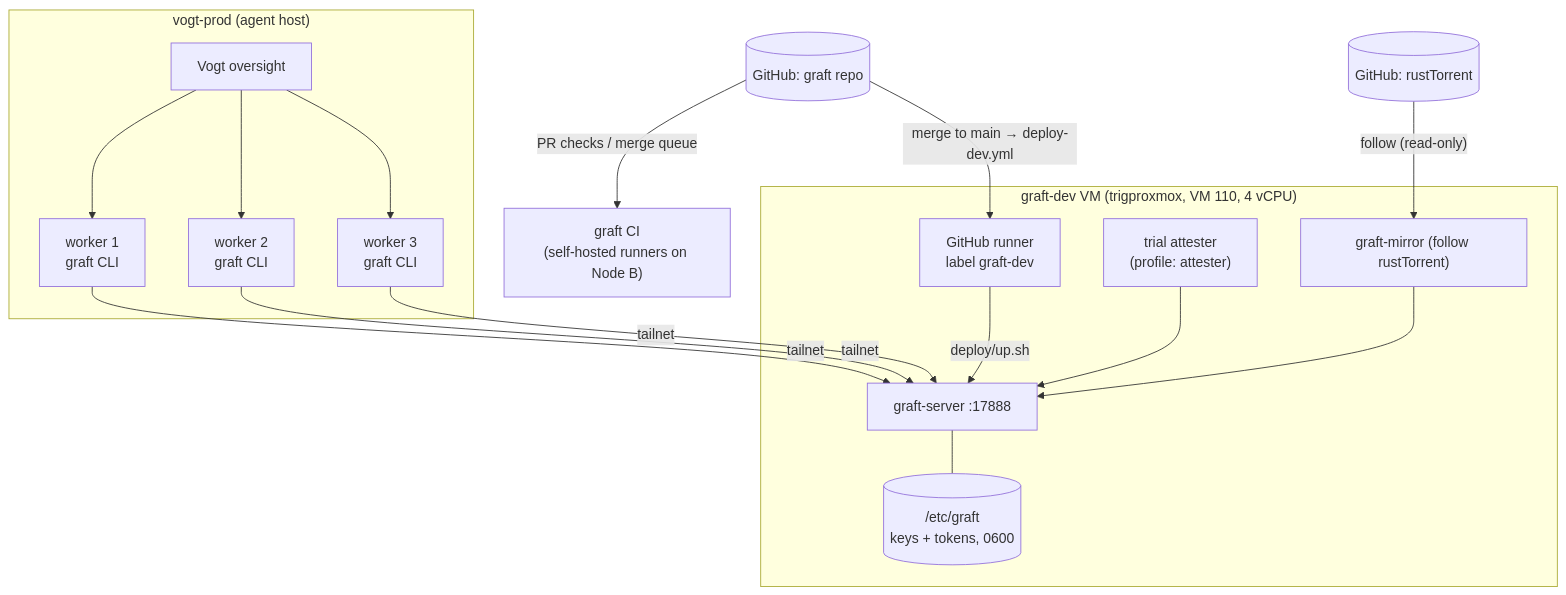
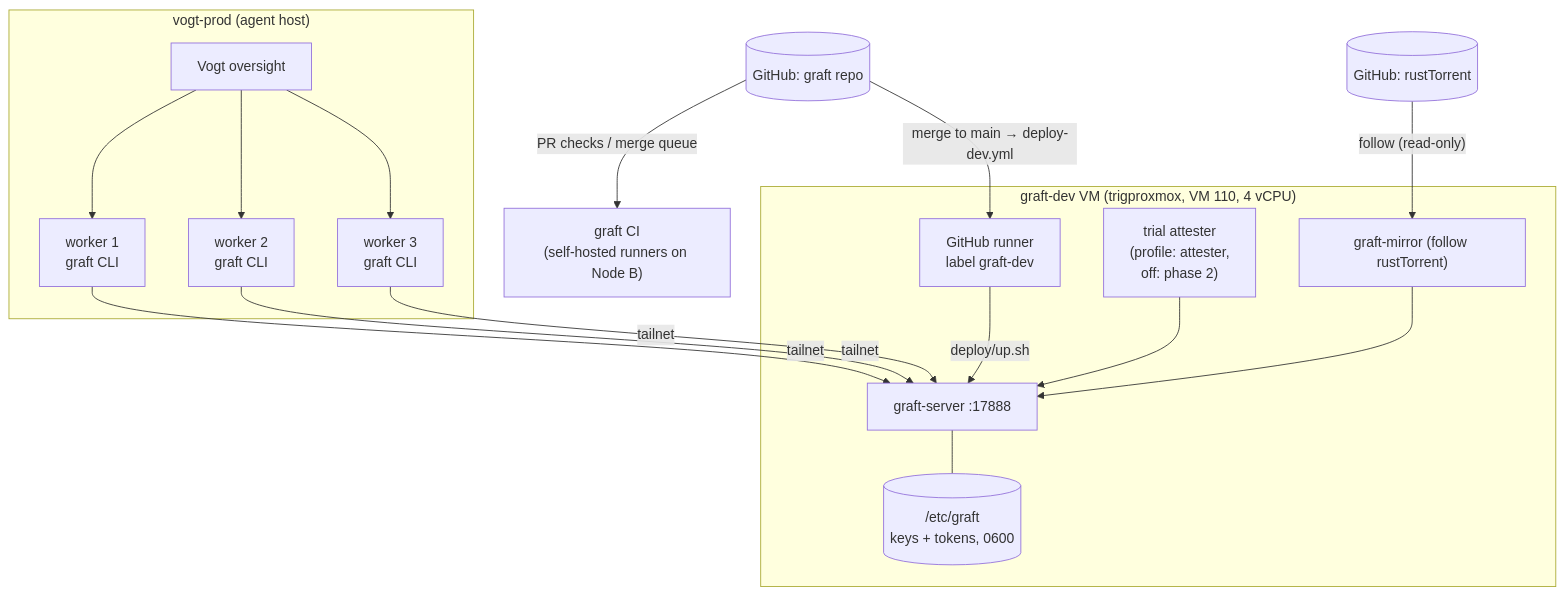
The fifth of 9 diagrams in docs/architecture.md (TheDancingDeveloper-org/graft), drawn with Mermaid before and after one commit. The commit also changed other lines of this file and 9 other files, not shown here.

````diff
--- a/docs/architecture.md
+++ b/docs/architecture.md
@@ -181,31 +210,31 @@
 ```mermaid
 flowchart TB
   subgraph Prod["vogt-prod (agent host)"]
     vogt["Vogt oversight"]
     w1["worker 1<br/>graft CLI"]
     w2["worker 2<br/>graft CLI"]
     w3["worker 3<br/>graft CLI"]
     vogt --> w1 & w2 & w3
   end
 
   subgraph VM["graft-dev VM (trigproxmox, VM 110, 4 vCPU)"]
     srv["graft-server :17888"]
     mir["graft-mirror (follow rustTorrent)"]
-    att["trial attester<br/>(profile: attester)"]
+    att["trial attester<br/>(profile: attester,<br/>off: phase 2)"]
     runner["GitHub runner<br/>label graft-dev"]
     etc[("/etc/graft<br/>keys + tokens, 0600")]
     mir --> srv
     att --> srv
     srv --- etc
   end
 
   ghsrc[("GitHub: graft repo")]
   ghrt[("GitHub: rustTorrent")]
   ghci["graft CI<br/>(self-hosted runners on Node B)"]
 
   w1 & w2 & w3 -- "tailnet" --> srv
   ghrt -- "follow (read-only)" --> mir
   ghsrc -- "PR checks / merge queue" --> ghci
   ghsrc -- "merge to main → deploy-dev.yml" --> runner
   runner -- "deploy/up.sh" --> srv
 ```
````
